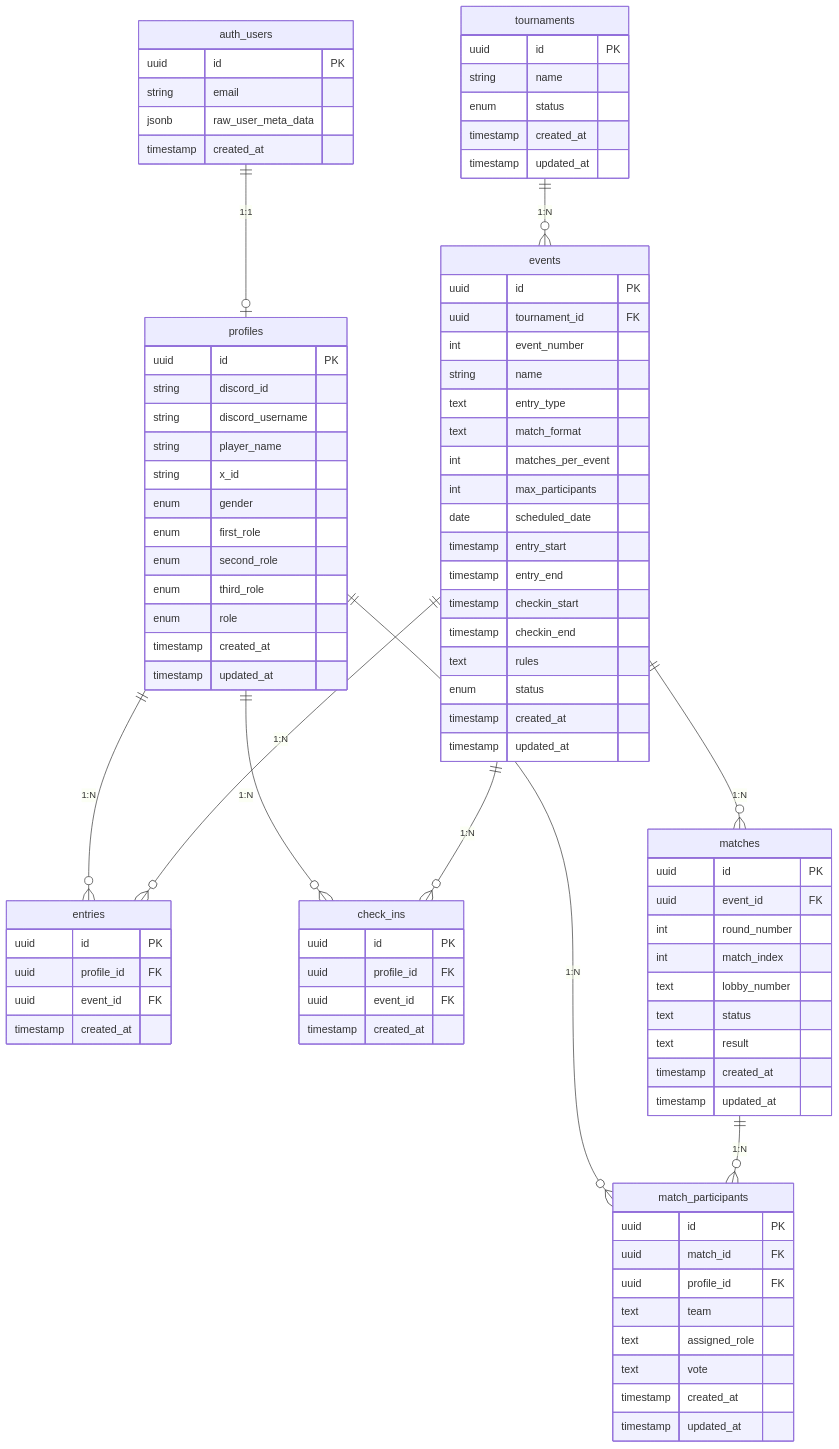
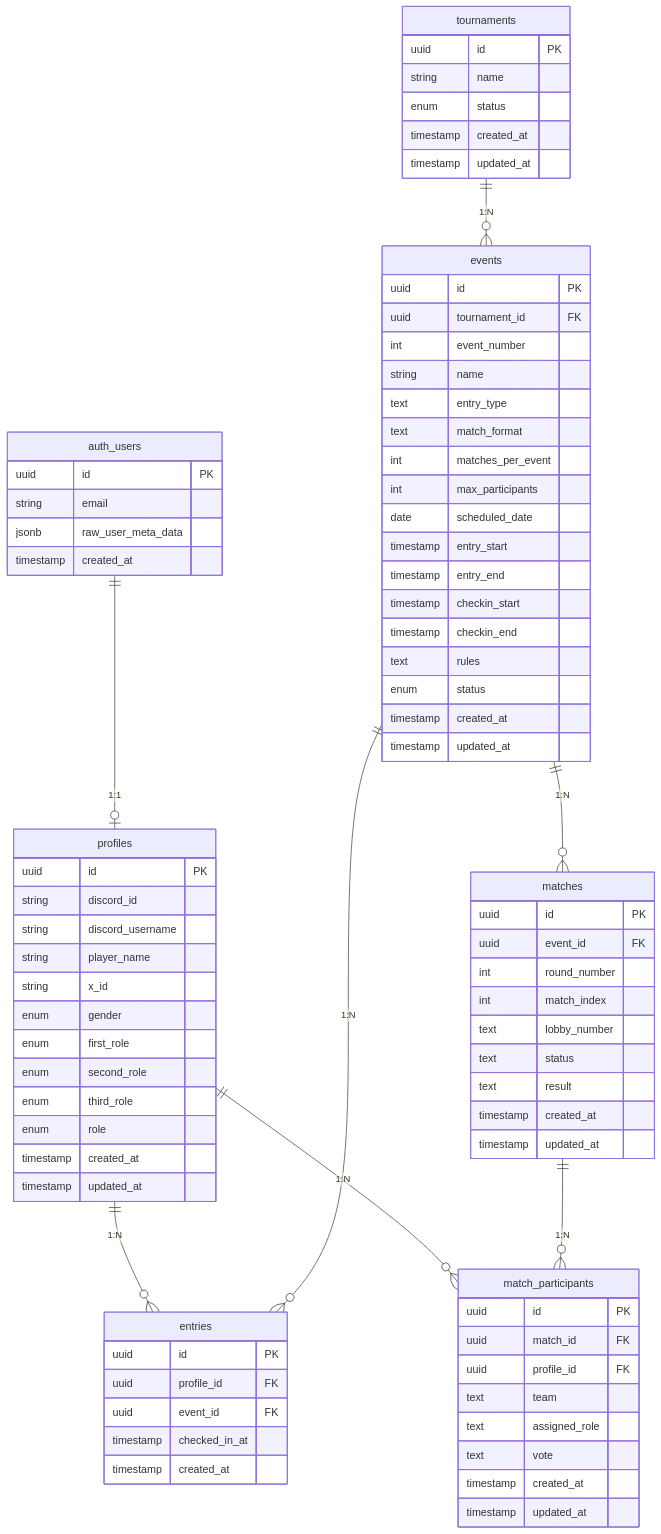
Before and after one commit to juv-shun/JiroRimi: the diagram in docs/database_design.md, drawn with Mermaid. The commit also changed other lines of this file, not shown here.

```diff
--- a/docs/database_design.md
+++ b/docs/database_design.md
@@ -10,11 +10,9 @@
 erDiagram
     auth_users ||--o| profiles : "1:1"
     profiles ||--o{ entries : "1:N"
-    profiles ||--o{ check_ins : "1:N"
     profiles ||--o{ match_participants : "1:N"
     tournaments ||--o{ events : "1:N"
     events ||--o{ entries : "1:N"
-    events ||--o{ check_ins : "1:N"
     events ||--o{ matches : "1:N"
     matches ||--o{ match_participants : "1:N"
 
@@ -72,13 +70,7 @@
         uuid id PK
         uuid profile_id FK
         uuid event_id FK
-        timestamp created_at
-    }
-
-    check_ins {
-        uuid id PK
-        uuid profile_id FK
-        uuid event_id FK
+        timestamp checked_in_at
         timestamp created_at
     }
 
```
